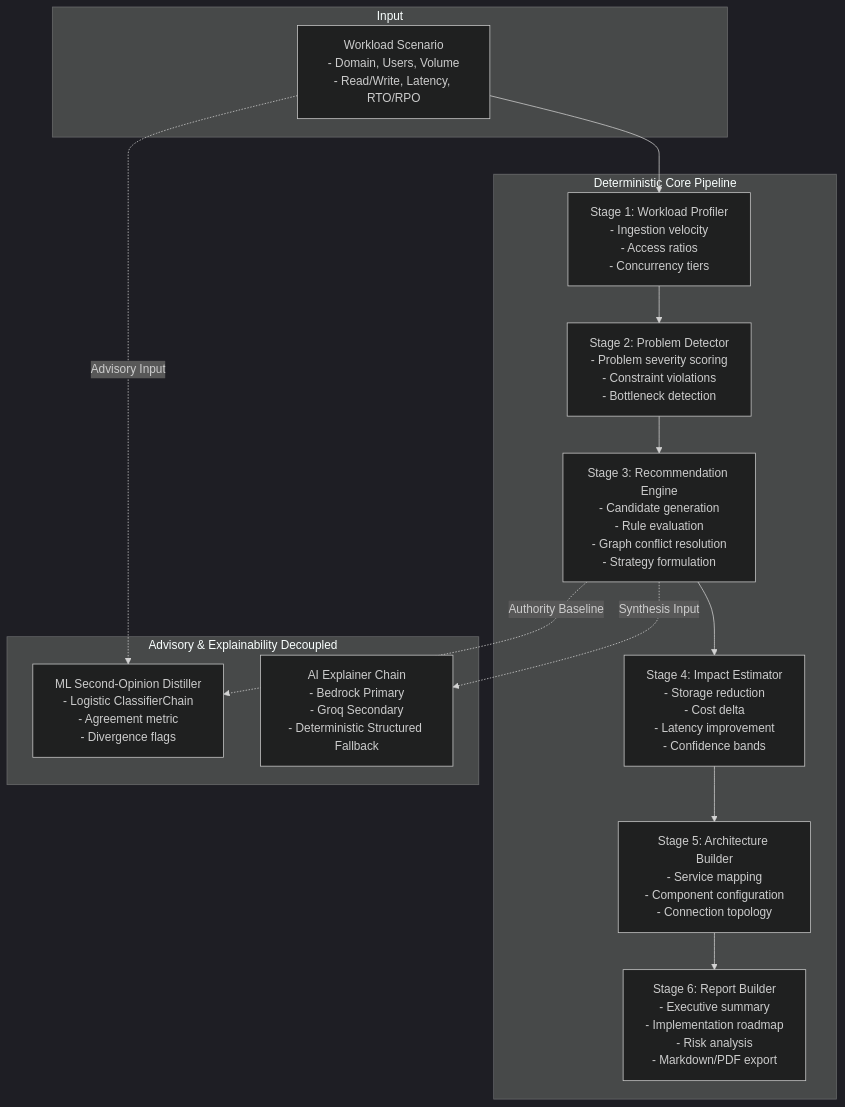
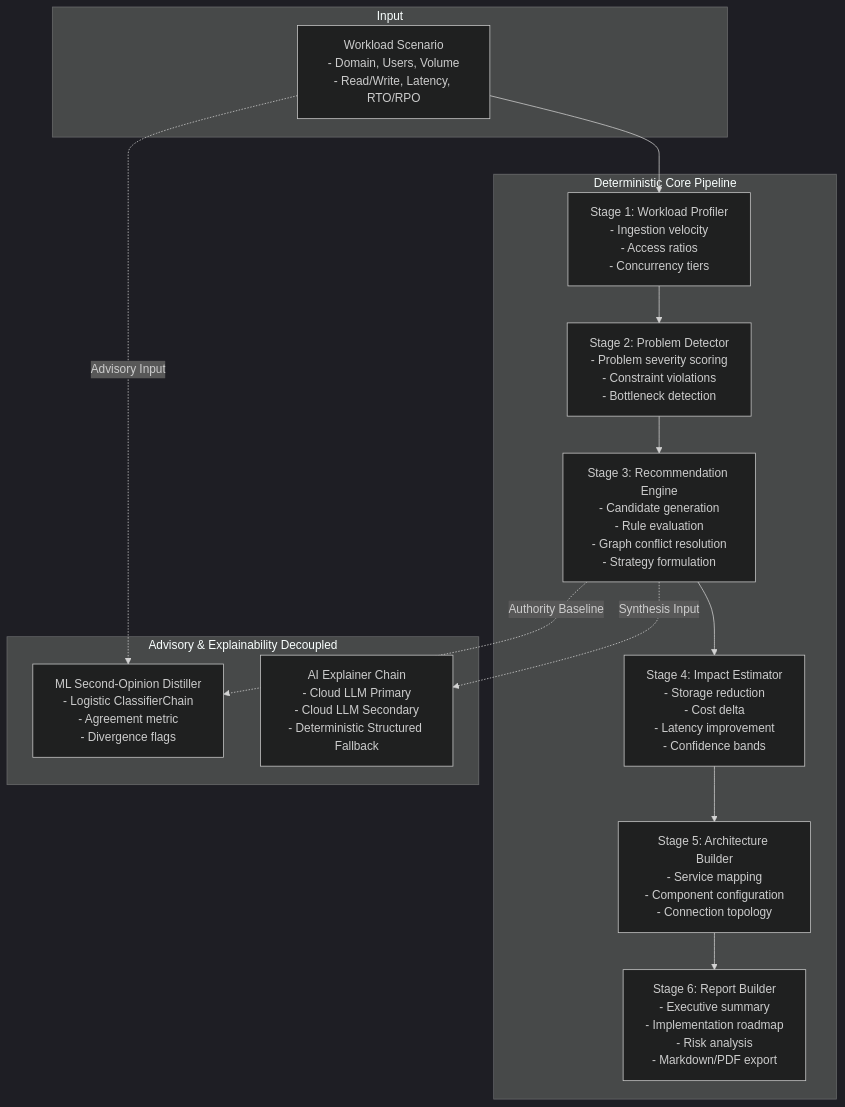
Before and after one commit to simply-mihir/ai-storage: the diagram in ARCHITECTURE.md, drawn with Mermaid (dark theme). The commit also changed other lines of this file and 5 other files, not shown here.

````diff
--- a/ARCHITECTURE.md
+++ b/ARCHITECTURE.md
@@ -11,31 +11,31 @@
 ```mermaid
 flowchart TD
     subgraph Input
         S[Workload Scenario\n- Domain, Users, Volume\n- Read/Write, Latency, RTO/RPO]
     end
 
     subgraph Deterministic Core Pipeline
         P[Stage 1: Workload Profiler\n- Ingestion velocity\n- Access ratios\n- Concurrency tiers]
         D[Stage 2: Problem Detector\n- Problem severity scoring\n- Constraint violations\n- Bottleneck detection]
         R[Stage 3: Recommendation Engine\n- Candidate generation\n- Rule evaluation\n- Graph conflict resolution\n- Strategy formulation]
         E[Stage 4: Impact Estimator\n- Storage reduction\n- Cost delta\n- Latency improvement\n- Confidence bands]
         B[Stage 5: Architecture Builder\n- Service mapping\n- Component configuration\n- Connection topology]
         Rep[Stage 6: Report Builder\n- Executive summary\n- Implementation roadmap\n- Risk analysis\n- Markdown/PDF export]
     end
 
     subgraph Advisory & Explainability Decoupled
         ML[ML Second-Opinion Distiller\n- Logistic ClassifierChain\n- Agreement metric\n- Divergence flags]
-        AI[AI Explainer Chain\n- Bedrock Primary\n- Groq Secondary\n- Deterministic Structured Fallback]
+        AI[AI Explainer Chain\n- Cloud LLM Primary\n- Cloud LLM Secondary\n- Deterministic Structured Fallback]
     end
 
     S --> P
     P --> D
     D --> R
     R --> E
     E --> B
     B --> Rep
 
     S -. Advisory Input .-> ML
     R -. Authority Baseline .-> ML
     R -. Synthesis Input .-> AI
 ```
````
